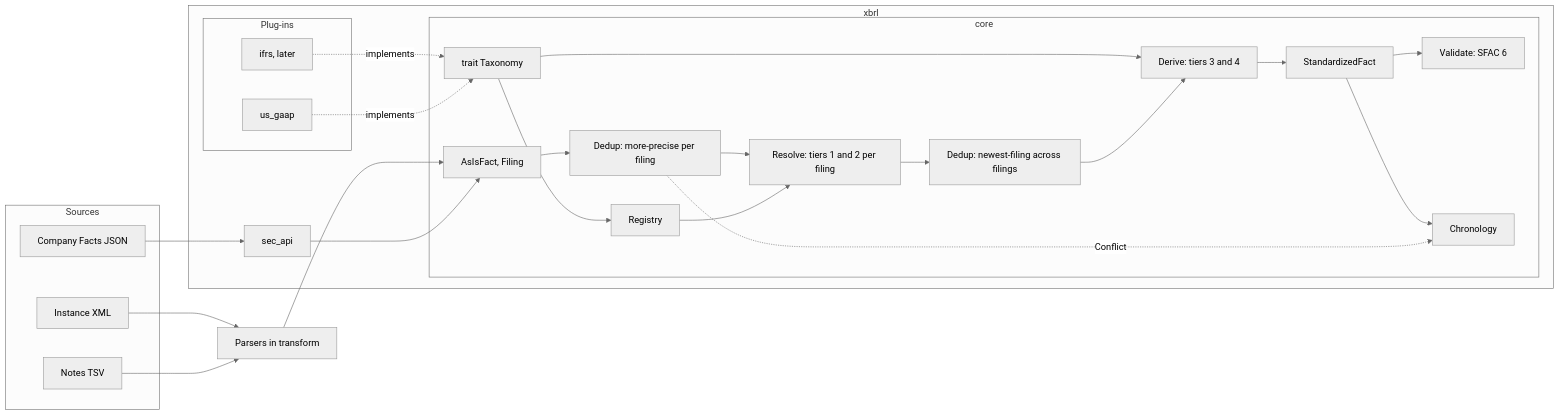
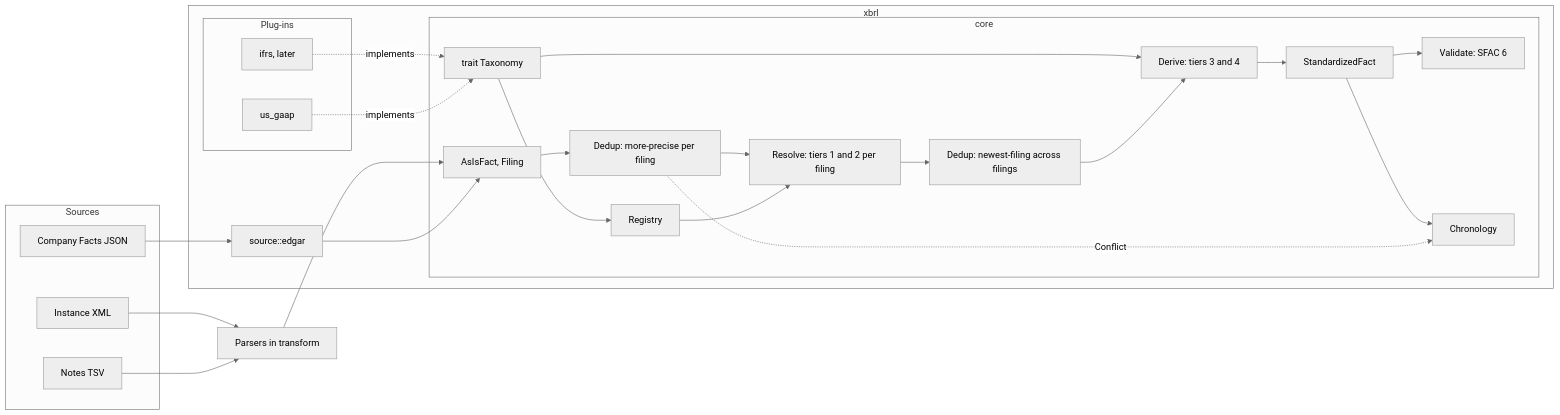
Before and after one commit to ironcapitaleu/arkad: the first of 2 diagrams in xbrl/DESIGN.md, drawn with Mermaid (neutral theme). The commit also changed other lines of this file and 9 other files, not shown here.

First line of the commit message:
refactor(xbrl): move sec_api to source/edgar

````diff
--- a/xbrl/DESIGN.md
+++ b/xbrl/DESIGN.md
@@ -68,38 +69,38 @@
 ```mermaid
 flowchart LR
   subgraph Sources
     N[Notes TSV]
     I[Instance XML]
     J[Company Facts JSON]
   end
   subgraph xbrl
     subgraph core
       A[AsIsFact, Filing]
       T[trait Taxonomy]
       R[Registry]
       D1[Dedup: more-precise per filing]
       RES[Resolve: tiers 1 and 2 per filing]
       D2[Dedup: newest-filing across filings]
       DER[Derive: tiers 3 and 4]
       V[Validate: SFAC 6]
       C[Chronology]
       S[StandardizedFact]
     end
     subgraph plugins[Plug-ins]
       U[us_gaap]
       F[ifrs, later]
     end
-    SA[sec_api]
+    SA[source::edgar]
   end
   J --> SA --> A
   N --> P[Parsers in transform] --> A
   I --> P
   U -. implements .-> T
   F -. implements .-> T
   T --> R --> RES
   A --> D1 --> RES --> D2 --> DER --> S
   D1 -. Conflict .-> C
   T --> DER
   S --> V
   S --> C
 ```
````
